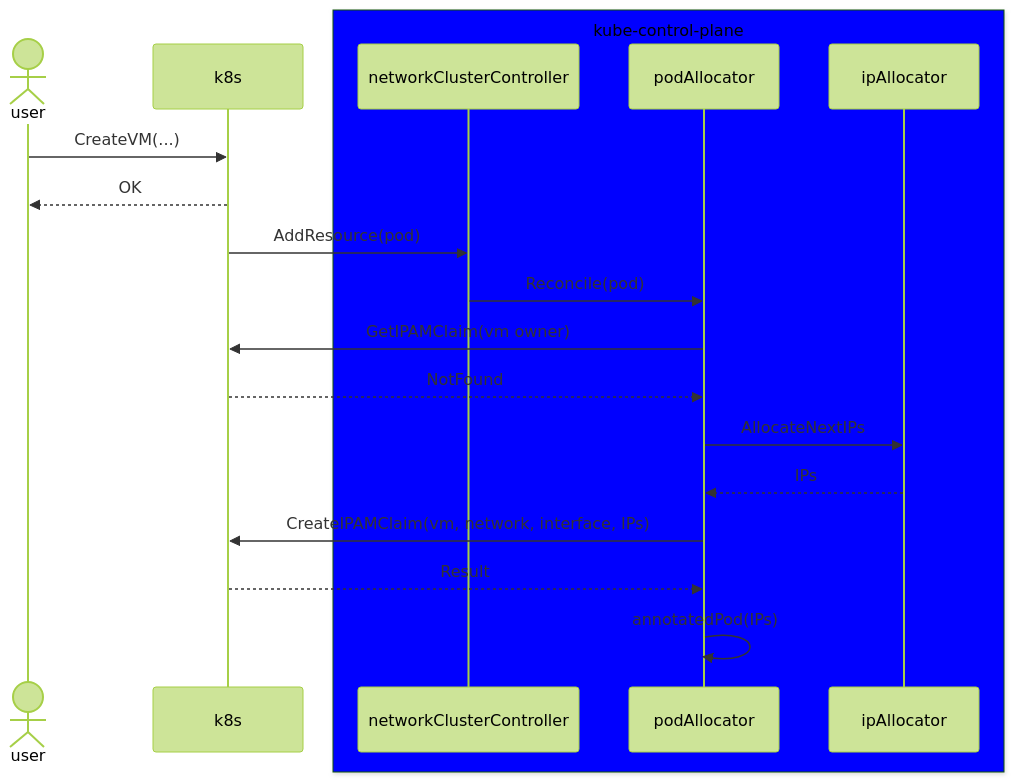
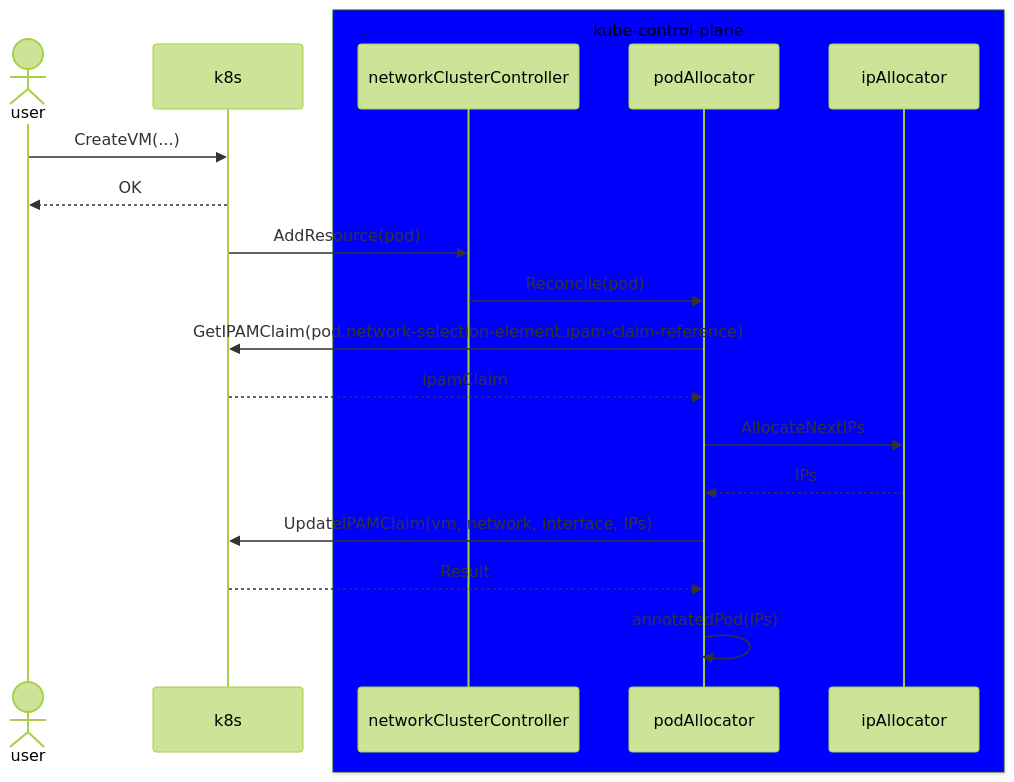
The sixth of 15 diagrams in enhancements/network/persistent-ips-sdn-secondary-networks.md (openshift/enhancements), drawn with Mermaid (forest theme) before and after one commit. The commit also changed other lines of this file, not shown here.

````diff
--- a/enhancements/network/persistent-ips-sdn-secondary-networks.md
+++ b/enhancements/network/persistent-ips-sdn-secondary-networks.md
@@ -544,22 +457,22 @@
 ```mermaid
 sequenceDiagram
     actor user
     participant k8s
     box Blue kube-control-plane
         participant networkClusterController
         participant podAllocator
         participant ipAllocator
     end
 
     user->>k8s: CreateVM(...)
     k8s-->>user: OK
     k8s->>networkClusterController: AddResource(pod)
     networkClusterController->>podAllocator:Reconcile(pod)
-    podAllocator->>k8s:GetIPAMClaim(vm owner)
-    k8s-->>podAllocator:NotFound
+    podAllocator->>k8s:GetIPAMClaim(pod.network-selection-element.ipam-claim-reference)
+    k8s-->>podAllocator:ipamClaim
     podAllocator->>ipAllocator:AllocateNextIPs
     ipAllocator-->>podAllocator:IPs
-    podAllocator->>k8s:CreateIPAMClaim(vm, network, interface, IPs)
+    podAllocator->>k8s:UpdateIPAMClaim(vm, network, interface, IPs)
     k8s-->>podAllocator:Result
     podAllocator->>podAllocator:annotatedPod(IPs)
 ```
````
